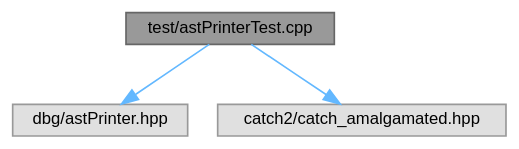
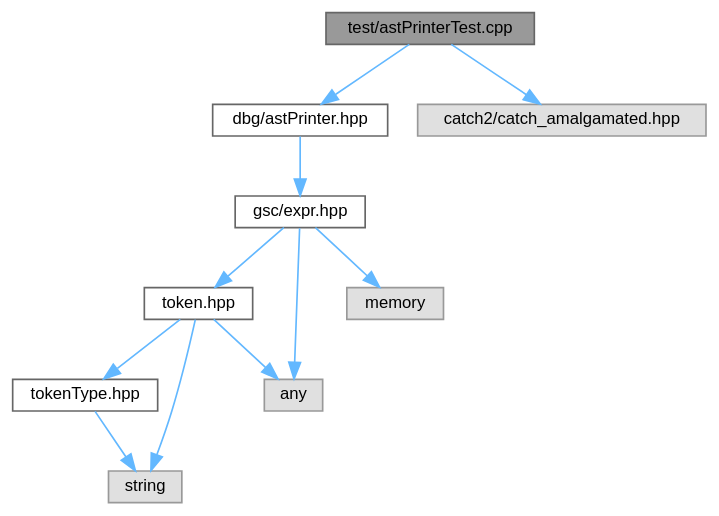
The diagram in astPrinterTest_8cpp__incl.dot (helcsnewsxd/gsc-interpreter), drawn with Graphviz before and after one commit. The commit also changed 60 other files, not shown here.

```diff
--- a/astPrinterTest_8cpp__incl.dot
+++ b/astPrinterTest_8cpp__incl.dot
@@ -1,12 +1,26 @@
 digraph "test/astPrinterTest.cpp"
 {
  // LATEX_PDF_SIZE
   bgcolor="transparent";
   edge [fontname=Helvetica,fontsize=10,labelfontname=Helvetica,labelfontsize=10];
   node [fontname=Helvetica,fontsize=10,shape=box,height=0.2,width=0.4];
   Node1 [id="Node000001",label="test/astPrinterTest.cpp",height=0.2,width=0.4,color="gray40", fillcolor="grey60", style="filled", fontcolor="black",tooltip=" "];
   Node1 -> Node2 [id="edge1_Node000001_Node000002",color="steelblue1",style="solid",tooltip=" "];
-  Node2 [id="Node000002",label="dbg/astPrinter.hpp",height=0.2,width=0.4,color="grey60", fillcolor="#E0E0E0", style="filled",tooltip=" "];
-  Node1 -> Node3 [id="edge2_Node000001_Node000003",color="steelblue1",style="solid",tooltip=" "];
-  Node3 [id="Node000003",label="catch2/catch_amalgamated.hpp",height=0.2,width=0.4,color="grey60", fillcolor="#E0E0E0", style="filled",tooltip=" "];
+  Node2 [id="Node000002",label="dbg/astPrinter.hpp",height=0.2,width=0.4,color="grey40", fillcolor="white", style="filled",URL="$astPrinter_8hpp.html",tooltip=" "];
+  Node2 -> Node3 [id="edge2_Node000002_Node000003",color="steelblue1",style="solid",tooltip=" "];
+  Node3 [id="Node000003",label="gsc/expr.hpp",height=0.2,width=0.4,color="grey40", fillcolor="white", style="filled",URL="$expr_8hpp.html",tooltip=" "];
+  Node3 -> Node4 [id="edge3_Node000003_Node000004",color="steelblue1",style="solid",tooltip=" "];
+  Node4 [id="Node000004",label="token.hpp",height=0.2,width=0.4,color="grey40", fillcolor="white", style="filled",URL="$token_8hpp.html",tooltip=" "];
+  Node4 -> Node5 [id="edge4_Node000004_Node000005",color="steelblue1",style="solid",tooltip=" "];
+  Node5 [id="Node000005",label="tokenType.hpp",height=0.2,width=0.4,color="grey40", fillcolor="white", style="filled",URL="$tokenType_8hpp.html",tooltip=" "];
+  Node5 -> Node6 [id="edge5_Node000005_Node000006",color="steelblue1",style="solid",tooltip=" "];
+  Node6 [id="Node000006",label="string",height=0.2,width=0.4,color="grey60", fillcolor="#E0E0E0", style="filled",tooltip=" "];
+  Node4 -> Node7 [id="edge6_Node000004_Node000007",color="steelblue1",style="solid",tooltip=" "];
+  Node7 [id="Node000007",label="any",height=0.2,width=0.4,color="grey60", fillcolor="#E0E0E0", style="filled",tooltip=" "];
+  Node4 -> Node6 [id="edge7_Node000004_Node000006",color="steelblue1",style="solid",tooltip=" "];
+  Node3 -> Node7 [id="edge8_Node000003_Node000007",color="steelblue1",style="solid",tooltip=" "];
+  Node3 -> Node8 [id="edge9_Node000003_Node000008",color="steelblue1",style="solid",tooltip=" "];
+  Node8 [id="Node000008",label="memory",height=0.2,width=0.4,color="grey60", fillcolor="#E0E0E0", style="filled",tooltip=" "];
+  Node1 -> Node9 [id="edge10_Node000001_Node000009",color="steelblue1",style="solid",tooltip=" "];
+  Node9 [id="Node000009",label="catch2/catch_amalgamated.hpp",height=0.2,width=0.4,color="grey60", fillcolor="#E0E0E0", style="filled",tooltip=" "];
 }
```
